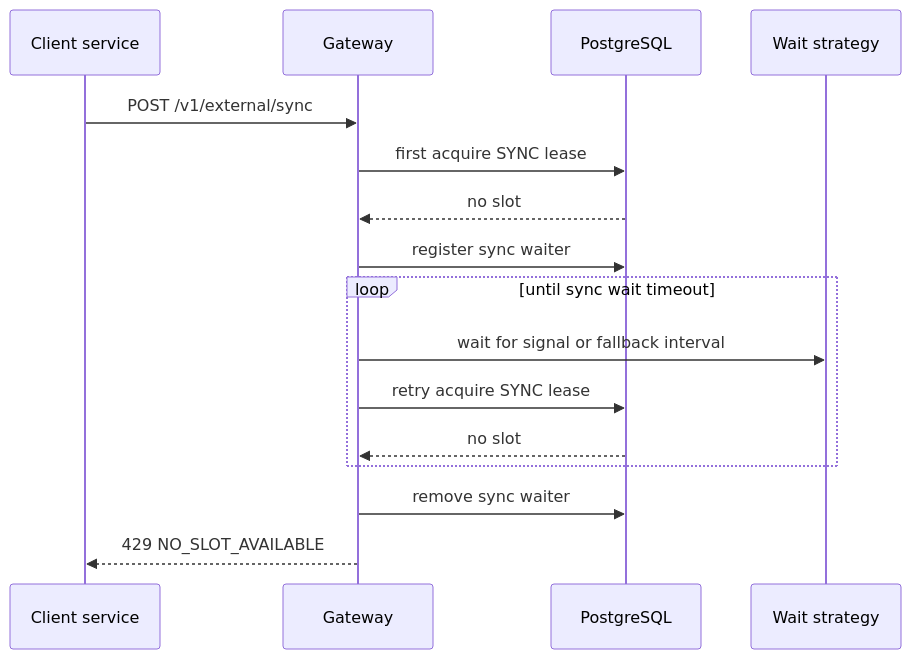
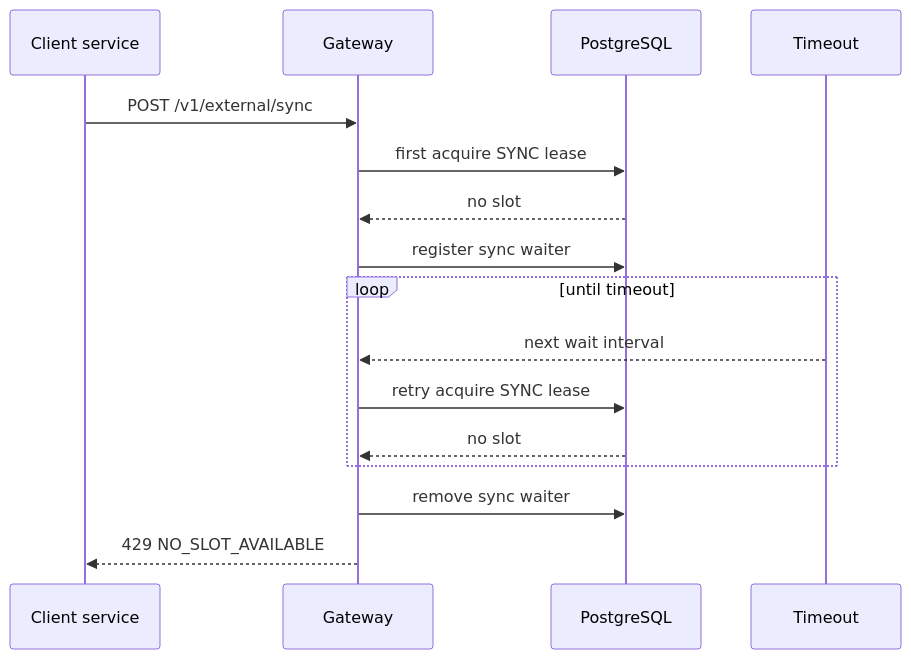
One commit to DenisVanin4402/TestQwenCli changed the fourth of 11 diagrams in docs/external-service-gateway/README.md. Above: the diagram before and after it, drawn with Mermaid. The commit also changed other lines of this file and 11 other files, not shown here.

````diff
--- a/docs/external-service-gateway/README.md
+++ b/docs/external-service-gateway/README.md
@@ -182,19 +160,19 @@
 ```mermaid
 sequenceDiagram
     participant C as Client service
     participant G as Gateway
     participant DB as PostgreSQL
-    participant W as Wait strategy
+    participant T as Timeout
 
     C->>G: POST /v1/external/sync
     G->>DB: first acquire SYNC lease
     DB-->>G: no slot
     G->>DB: register sync waiter
-    loop until sync wait timeout
-        G->>W: wait for signal or fallback interval
+    loop until timeout
+        T-->>G: next wait interval
         G->>DB: retry acquire SYNC lease
         DB-->>G: no slot
     end
     G->>DB: remove sync waiter
     G-->>C: 429 NO_SLOT_AVAILABLE
 ```
````
